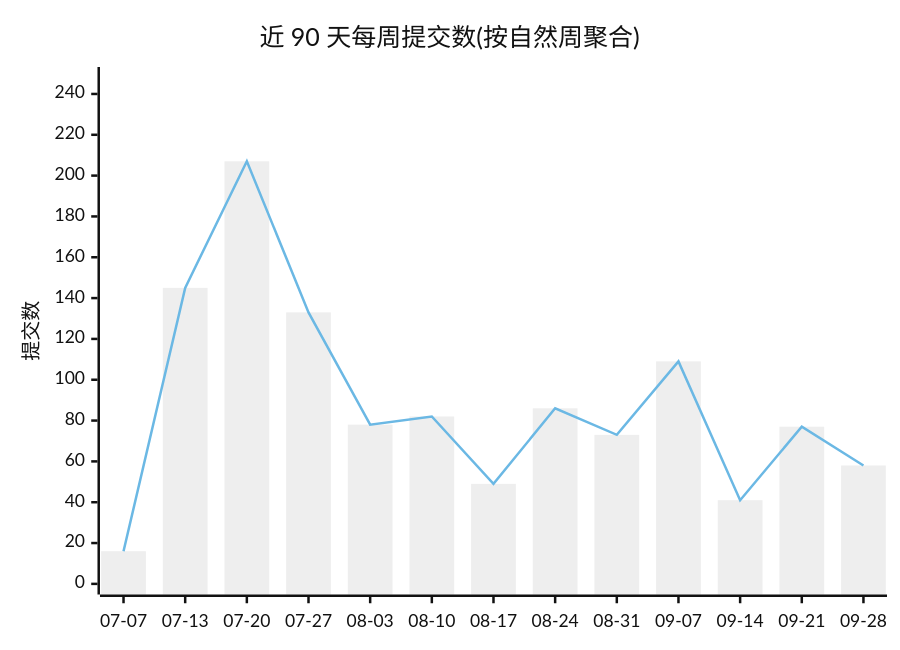
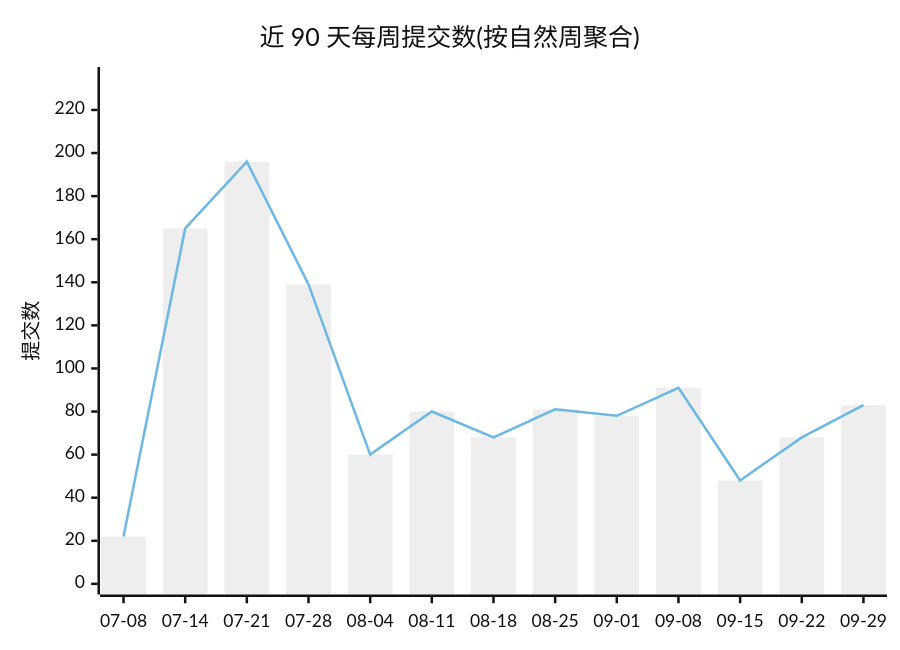
Before and after one commit to Conflux-Union/.github: the first of 2 diagrams in profile/README.md, drawn with Mermaid (neutral theme). The commit also changed other lines of this file and 1 other file, not shown here.

````diff
--- a/profile/README.md
+++ b/profile/README.md
@@ -44,8 +44,8 @@
 ```mermaid
 xychart-beta
     title "近 90 天每周提交数(按自然周聚合)"
-    x-axis ["07-07", "07-13", "07-20", "07-27", "08-03", "08-10", "08-17", "08-24", "08-31", "09-07", "09-14", "09-21", "09-28"]
-    y-axis "提交数" 0 --> 248
-    bar [16, 145, 207, 133, 78, 82, 49, 86, 73, 109, 41, 77, 58]
-    line [16, 145, 207, 133, 78, 82, 49, 86, 73, 109, 41, 77, 58]
+    x-axis ["07-08", "07-14", "07-21", "07-28", "08-04", "08-11", "08-18", "08-25", "09-01", "09-08", "09-15", "09-22", "09-29"]
+    y-axis "提交数" 0 --> 235
+    bar [22, 165, 196, 139, 60, 80, 68, 81, 78, 91, 48, 68, 83]
+    line [22, 165, 196, 139, 60, 80, 68, 81, 78, 91, 48, 68, 83]
 ```
````
